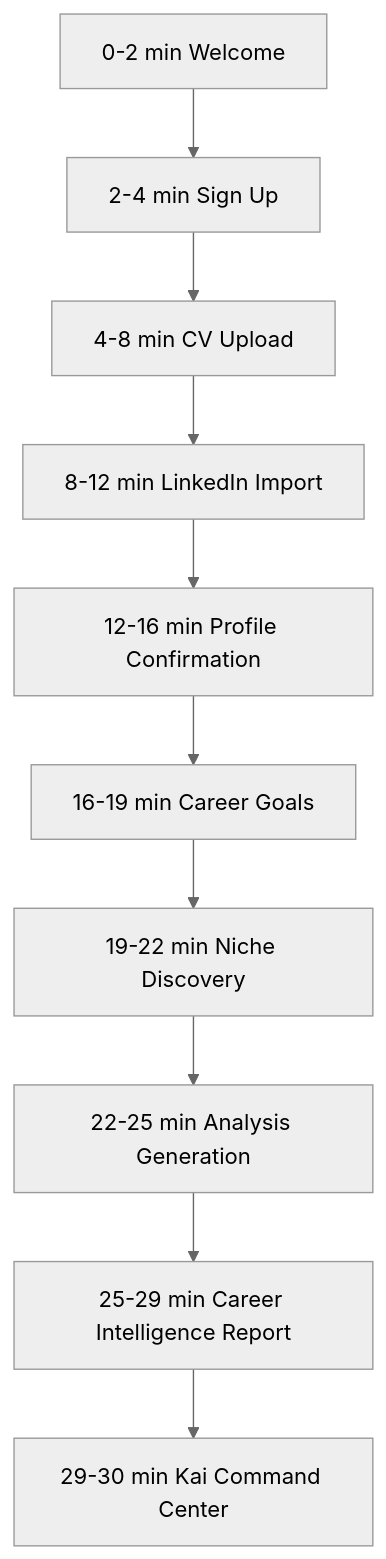
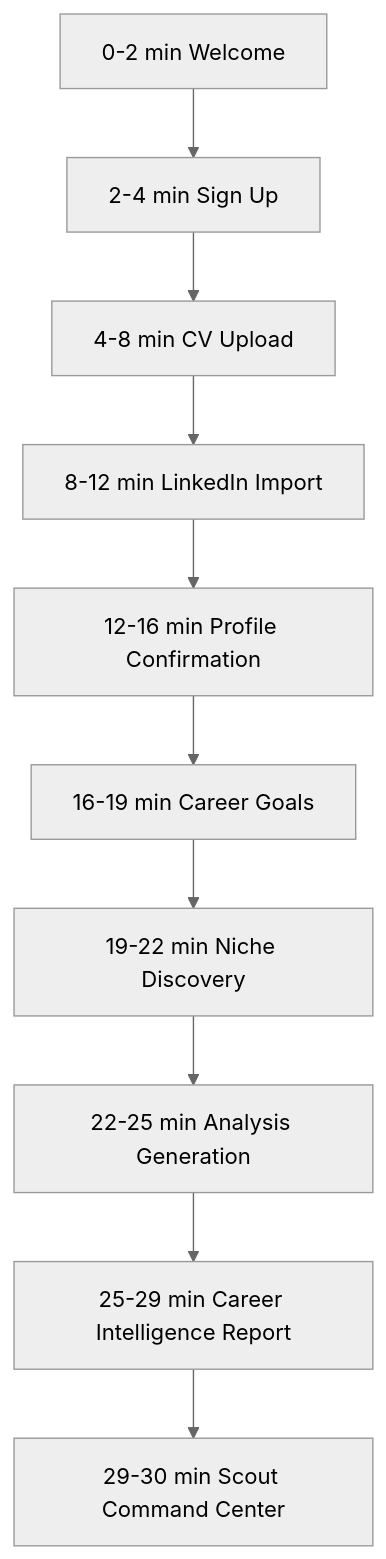
The diagram in docs/FIRST_TIME_USER_EXPERIENCE.md (Mirzzie/Fadi), drawn with Mermaid (neutral theme) before and after one commit. The commit also changed other lines of this file and 142 other files, not shown here.

First line of the commit message:
feat!: rename Kai → Scout — the agent that finds what's ahead of you

````diff
--- a/docs/FIRST_TIME_USER_EXPERIENCE.md
+++ b/docs/FIRST_TIME_USER_EXPERIENCE.md
@@ -18,12 +18,12 @@
 ```mermaid
 flowchart TD
     Welcome[0-2 min Welcome] --> Auth[2-4 min Sign Up]
     Auth --> Resume[4-8 min CV Upload]
     Resume --> LinkedIn[8-12 min LinkedIn Import]
     LinkedIn --> Manual[12-16 min Profile Confirmation]
     Manual --> Goals[16-19 min Career Goals]
     Goals --> Niche[19-22 min Niche Discovery]
     Niche --> Analysis[22-25 min Analysis Generation]
     Analysis --> Report[25-29 min Career Intelligence Report]
-    Report --> Dashboard[29-30 min Kai Command Center]
+    Report --> Dashboard[29-30 min Scout Command Center]
 ```
````
